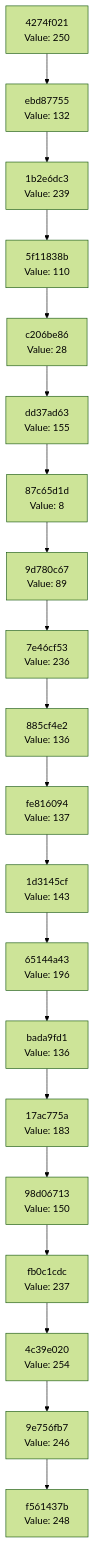
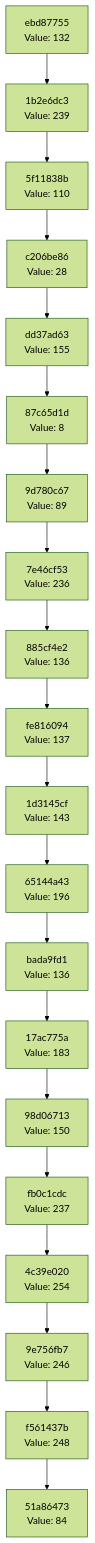
Before and after one commit to Abhisheksinha1506/hash-chain-evolver: the diagram in docs/CHAIN_VISUALIZATION.md, drawn with Mermaid (forest theme). The commit also changed 3 other files, not shown here.

````diff
--- a/docs/CHAIN_VISUALIZATION.md
+++ b/docs/CHAIN_VISUALIZATION.md
@@ -3,42 +3,42 @@
 ```mermaid
 graph TD
-    C0["f561437b<br/>Value: 248"]
-    C1["9e756fb7<br/>Value: 246"]
+    C0["51a86473<br/>Value: 84"]
+    C1["f561437b<br/>Value: 248"]
     C1 --> C0
-    C2["4c39e020<br/>Value: 254"]
+    C2["9e756fb7<br/>Value: 246"]
     C2 --> C1
-    C3["fb0c1cdc<br/>Value: 237"]
+    C3["4c39e020<br/>Value: 254"]
     C3 --> C2
-    C4["98d06713<br/>Value: 150"]
+    C4["fb0c1cdc<br/>Value: 237"]
     C4 --> C3
-    C5["17ac775a<br/>Value: 183"]
+    C5["98d06713<br/>Value: 150"]
     C5 --> C4
-    C6["bada9fd1<br/>Value: 136"]
+    C6["17ac775a<br/>Value: 183"]
     C6 --> C5
-    C7["65144a43<br/>Value: 196"]
+    C7["bada9fd1<br/>Value: 136"]
     C7 --> C6
-    C8["1d3145cf<br/>Value: 143"]
+    C8["65144a43<br/>Value: 196"]
     C8 --> C7
-    C9["fe816094<br/>Value: 137"]
+    C9["1d3145cf<br/>Value: 143"]
     C9 --> C8
-    C10["885cf4e2<br/>Value: 136"]
+    C10["fe816094<br/>Value: 137"]
     C10 --> C9
-    C11["7e46cf53<br/>Value: 236"]
+    C11["885cf4e2<br/>Value: 136"]
     C11 --> C10
-    C12["9d780c67<br/>Value: 89"]
+    C12["7e46cf53<br/>Value: 236"]
     C12 --> C11
-    C13["87c65d1d<br/>Value: 8"]
+    C13["9d780c67<br/>Value: 89"]
     C13 --> C12
-    C14["dd37ad63<br/>Value: 155"]
+    C14["87c65d1d<br/>Value: 8"]
     C14 --> C13
-    C15["c206be86<br/>Value: 28"]
+    C15["dd37ad63<br/>Value: 155"]
     C15 --> C14
-    C16["5f11838b<br/>Value: 110"]
+    C16["c206be86<br/>Value: 28"]
     C16 --> C15
-    C17["1b2e6dc3<br/>Value: 239"]
+    C17["5f11838b<br/>Value: 110"]
     C17 --> C16
-    C18["ebd87755<br/>Value: 132"]
+    C18["1b2e6dc3<br/>Value: 239"]
     C18 --> C17
-    C19["4274f021<br/>Value: 250"]
+    C19["ebd87755<br/>Value: 132"]
     C19 --> C18
 ```
````
